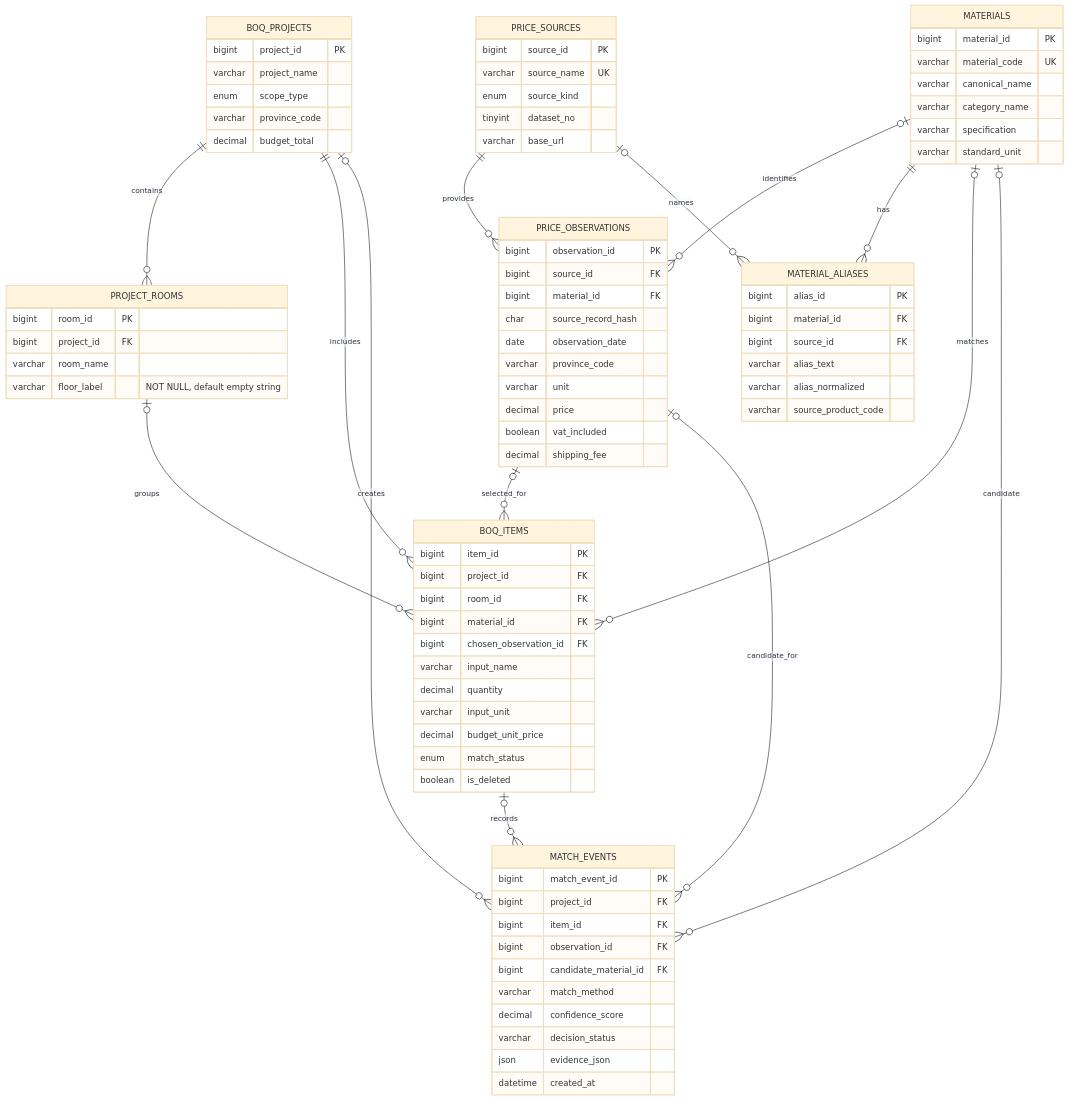
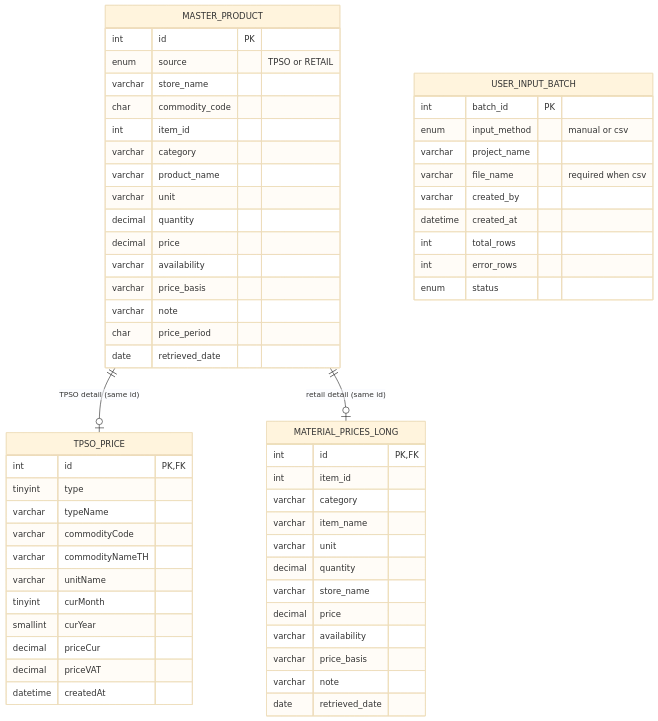
Before and after one commit to napasorn-p/DADS4002-boq-intelligence-platform: the diagram in docs/ER_Diagram.md, drawn with Mermaid (base theme). The commit also changed other lines of this file and 2 other files, not shown here.

Commit message:
Add Workbench model and ER diagram for the new schema
Claude-Session: https://claude.ai/code/session_0165ur7pQJnRJcgTuJLiGHCs

````diff
--- a/docs/ER_Diagram.md
+++ b/docs/ER_Diagram.md
@@ -5,90 +7,61 @@
 ```mermaid
 erDiagram
-    PRICE_SOURCES ||--o{ PRICE_OBSERVATIONS : provides
-    MATERIALS o|--o{ PRICE_OBSERVATIONS : identifies
-    MATERIALS ||--o{ MATERIAL_ALIASES : has
-    PRICE_SOURCES o|--o{ MATERIAL_ALIASES : names
-    BOQ_PROJECTS ||--o{ PROJECT_ROOMS : contains
-    BOQ_PROJECTS ||--o{ BOQ_ITEMS : includes
-    PROJECT_ROOMS o|--o{ BOQ_ITEMS : groups
-    MATERIALS o|--o{ BOQ_ITEMS : matches
-    PRICE_OBSERVATIONS o|--o{ BOQ_ITEMS : selected_for
-    BOQ_PROJECTS o|--o{ MATCH_EVENTS : creates
-    BOQ_ITEMS o|--o{ MATCH_EVENTS : records
-    MATERIALS o|--o{ MATCH_EVENTS : candidate
-    PRICE_OBSERVATIONS o|--o{ MATCH_EVENTS : candidate_for
+    MASTER_PRODUCT ||--o| TPSO_PRICE : "TPSO detail (same id)"
+    MASTER_PRODUCT ||--o| MATERIAL_PRICES_LONG : "retail detail (same id)"
 
-    PRICE_SOURCES {
-        bigint source_id PK
-        varchar source_name UK
-        enum source_kind
-        tinyint dataset_no
-        varchar base_url
+    MASTER_PRODUCT {
+        int id PK
+        enum source "TPSO or RETAIL"
+        varchar store_name
+        char commodity_code
+        int item_id
+        varchar category
+        varchar product_name
+        varchar unit
+        decimal quantity
+        decimal price
+        varchar availability
+        varchar price_basis
+        varchar note
+        char price_period
+        date retrieved_date
     }
-    MATERIALS {
-        bigint material_id PK
-        varchar material_code UK
-        varchar canonical_name
-        varchar category_name
-        varchar specification
-        varchar standard_unit
+    TPSO_PRICE {
+        int id PK, FK
+        tinyint type
+        varchar typeName
+        varchar commodityCode
+        varchar commodityNameTH
+        varchar unitName
+        tinyint curMonth
+        smallint curYear
+        decimal priceCur
+        decimal priceVAT
+        datetime createdAt
     }
-    MATERIAL_ALIASES {
-        bigint alias_id PK
-        bigint material_id FK
-        bigint source_id FK
-        varchar alias_text
-        varchar alias_normalized
-        varchar source_product_code
+    MATERIAL_PRICES_LONG {
+        int id PK, FK
+        int item_id
+        varchar category
+        varchar item_name
+        varchar unit
+        decimal quantity
+        varchar store_name
+        decimal price
+        varchar availability
+        varchar price_basis
+        varchar note
+        date retrieved_date
     }
-    PRICE_OBSERVATIONS {
-        bigint observation_id PK
-        bigint source_id FK
-        bigint material_id FK
-        char source_record_hash
-        date observation_date
-        varchar province_code
-        varchar unit
-        decimal price
-        boolean vat_included
-        decimal shipping_fee
-    }
-    BOQ_PROJECTS {
-        bigint project_id PK
+    USER_INPUT_BATCH {
+        int batch_id PK
+        enum input_method "manual or csv"
         varchar project_name
-        enum scope_type
-        varchar province_code
-        decimal budget_total
-    }
-    PROJECT_ROOMS {
-        bigint room_id PK
-        bigint project_id FK
-        varchar room_name
-        varchar floor_label "NOT NULL, default empty string"
-    }
-    BOQ_ITEMS {
-        bigint item_id PK
-        bigint project_id FK
-        bigint room_id FK
-        bigint material_id FK
-        bigint chosen_observation_id FK
-        varchar input_name
-        decimal quantity
-        varchar input_unit
-        decimal budget_unit_price
-        enum match_status
-        boolean is_deleted
-    }
-    MATCH_EVENTS {
-        bigint match_event_id PK
-        bigint project_id FK
-        bigint item_id FK
-        bigint observation_id FK
-        bigint candidate_material_id FK
-        varchar match_method
-        decimal confidence_score
-        varchar decision_status
-        json evidence_json
+        varchar file_name "required when csv"
+        varchar created_by
         datetime created_at
+        int total_rows
+        int error_rows
+        enum status
     }
 ```
````
